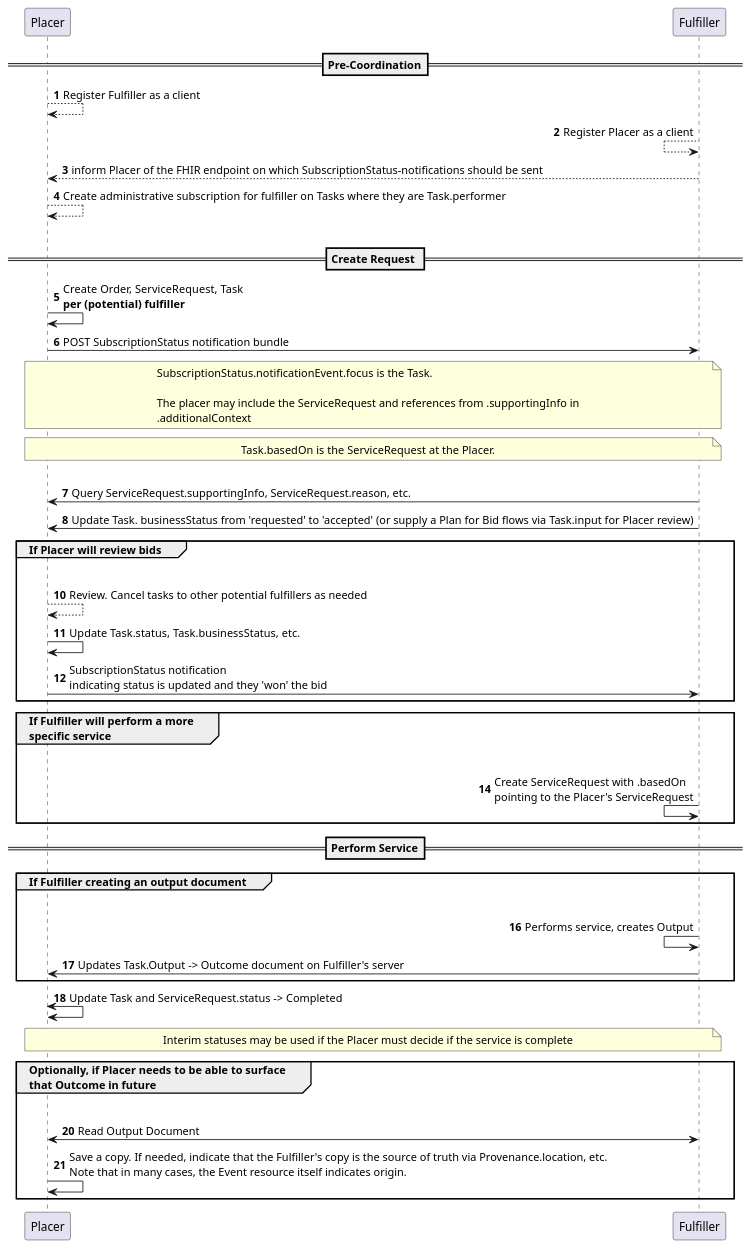
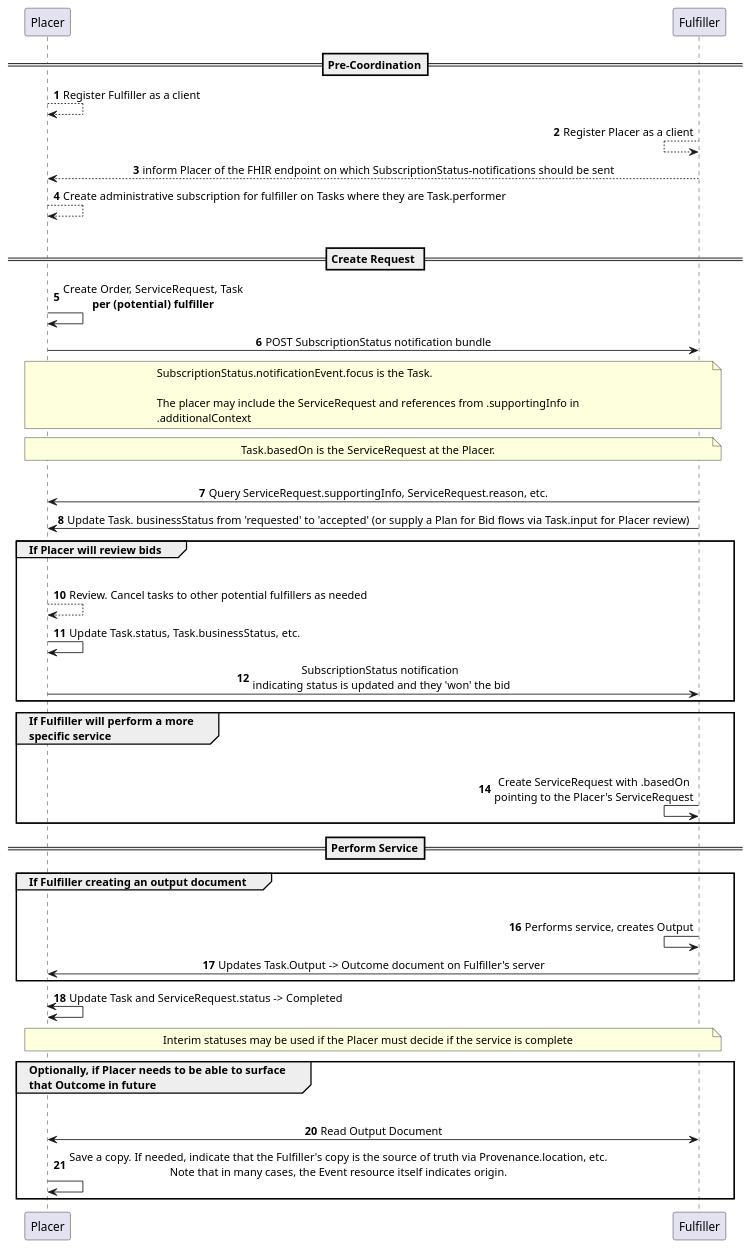
The diagram in input/images-source/subscriptions-general-example-task-at-placer.plantuml (HL7/fhir-cow-ig), drawn with PlantUML before and after one commit. The commit also changed other lines of this file, not shown here.

Commit message:
Update subscriptions-general-example-task-at-placer.plantuml
update skinparam svgDimensionStype and alignment

```diff
--- a/input/images-source/subscriptions-general-example-task-at-placer.plantuml
+++ b/input/images-source/subscriptions-general-example-task-at-placer.plantuml
@@ -1,78 +1,78 @@
 @startuml
 autonumber
-'skinparam svgDimensionStyle false
-'skinparam sequenceMessageAlign center
+skinparam svgDimensionStyle true
+skinparam sequenceMessageAlign center
 
 
 == Pre-Coordination==
 
 Placer --> Placer: Register Fulfiller as a client
 
 Fulfiller <-- Fulfiller: Register Placer as a client
 
 Placer <-- Fulfiller: inform Placer of the FHIR endpoint on which SubscriptionStatus-notifications should be sent
 
 
 Placer --> Placer: Create administrative subscription for fulfiller on Tasks where they are Task.performer
 ||20||
 
 
 == Create Request == 
 
 Placer -> Placer : Create Order, ServiceRequest, Task\n**per (potential) fulfiller**
 
 Placer -> Fulfiller: POST SubscriptionStatus notification bundle
 
 note over Placer,Fulfiller
 SubscriptionStatus.notificationEvent.focus is the Task. 
 
 The placer may include the ServiceRequest and references from .supportingInfo in 
 .additionalContext
 end note
 
 note over Placer,Fulfiller
 Task.basedOn is the ServiceRequest at the Placer. 
 end note
 
 ||20||
 
 Fulfiller -> Placer : Query ServiceRequest.supportingInfo, ServiceRequest.reason, etc.
 
 Fulfiller -> Placer : Update Task. businessStatus from 'requested' to 'accepted' (or supply a Plan for Bid flows via Task.input for Placer review)
 
 
 group If Placer will review bids
     Placer -[hidden]>Fulfiller:
     Placer --> Placer : Review. Cancel tasks to other potential fulfillers as needed
     Placer -> Placer : Update Task.status, Task.businessStatus, etc. 
     Placer -> Fulfiller : SubscriptionStatus notification \nindicating status is updated and they 'won' the bid
 
 end
 
 group If Fulfiller will perform a more\nspecific service
     Fulfiller-[hidden]>Placer:
     Fulfiller <- Fulfiller : Create ServiceRequest with .basedOn\npointing to the Placer's ServiceRequest 
 
 end
 
 ==Perform Service==
 group If Fulfiller creating an output document
     Fulfiller-[hidden]>Placer:
     Fulfiller <- Fulfiller : Performs service, creates Output
     Fulfiller -> Placer : Updates Task.Output -> Outcome document on Fulfiller's server
 
 end
 
 Placer <-> Placer : Update Task and ServiceRequest.status -> Completed
 
 note over Placer,Fulfiller
 Interim statuses may be used if the Placer must decide if the service is complete 
 end note
 
 group Optionally, if Placer needs to be able to surface\nthat Outcome in future
     Placer-[hidden]>Fulfiller
     Placer <-> Fulfiller: Read Output Document
     Placer -> Placer : Save a copy. If needed, indicate that the Fulfiller's copy is the source of truth via Provenance.location, etc.\nNote that in many cases, the Event resource itself indicates origin. 
 end
 
 @enduml
```
